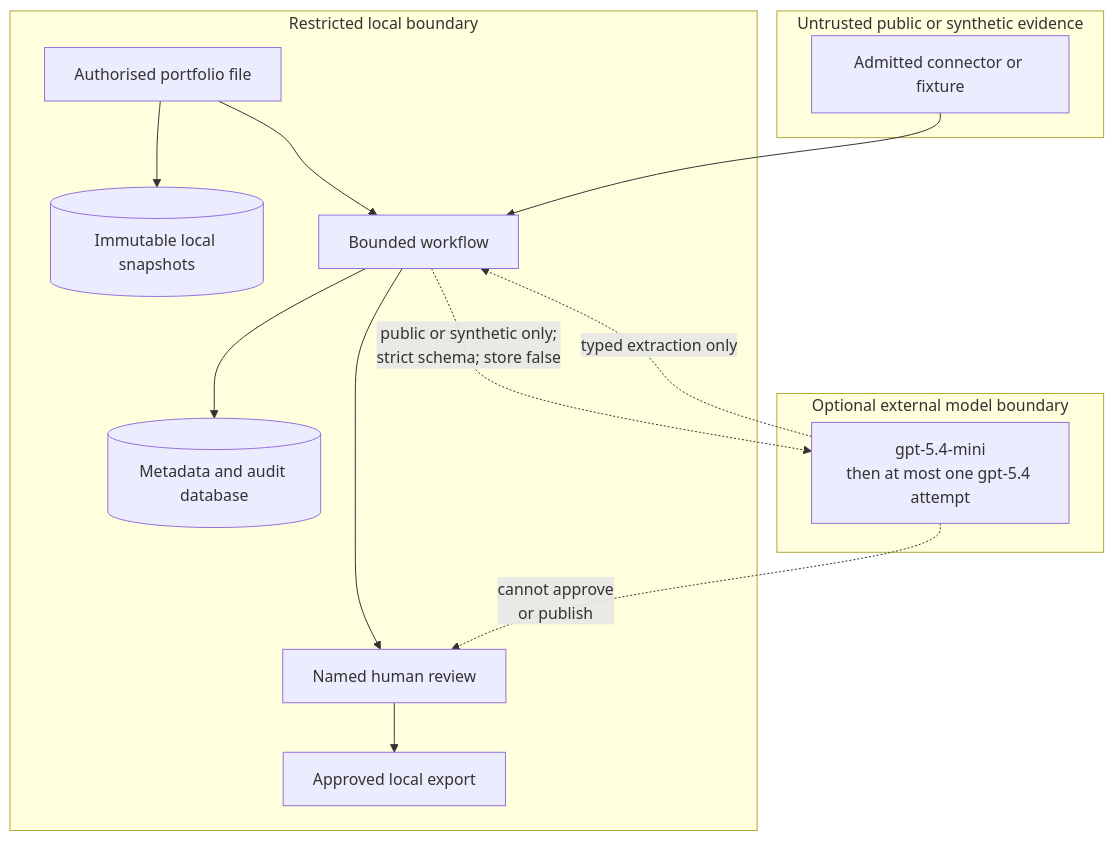
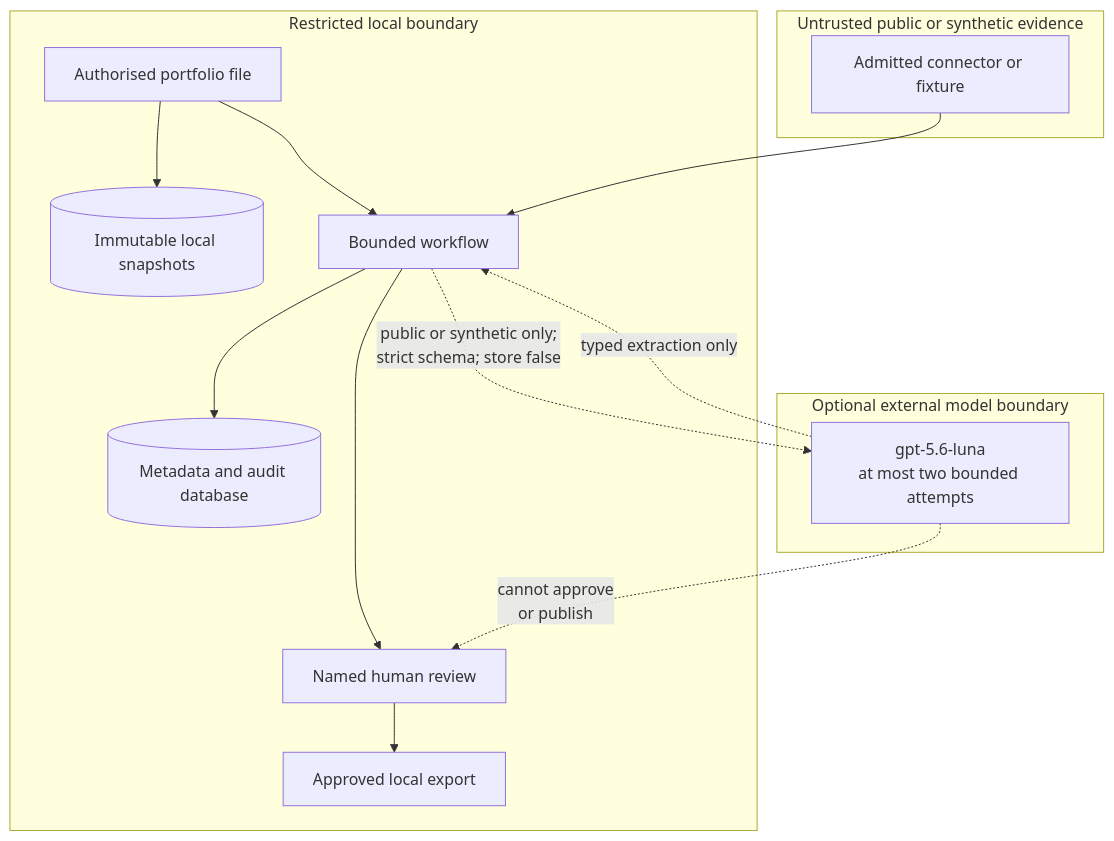
The third of 5 diagrams in README.md (fayeeniu/dissertation-agentic-portfolio-monitoring), drawn with Mermaid before and after one commit. The commit also changed other lines of this file and 311 other files, not shown here.

````diff
--- a/README.md
+++ b/README.md
@@ -98,29 +98,29 @@
 ```mermaid
 flowchart TB
     subgraph Local[Restricted local boundary]
         Workbook[Authorised portfolio file]
         Database[(Metadata and audit database)]
         Raw[(Immutable local snapshots)]
         Workflow[Bounded workflow]
         Review[Named human review]
         Export[Approved local export]
         Workbook --> Raw
         Workbook --> Workflow
         Workflow --> Database
         Workflow --> Review
         Review --> Export
     end
 
     subgraph Public[Untrusted public or synthetic evidence]
         Sources[Admitted connector or fixture]
     end
 
     subgraph Optional[Optional external model boundary]
-        Model[gpt-5.4-mini<br/>then at most one gpt-5.4 attempt]
+        Model[gpt-5.6-luna<br/>at most two bounded attempts]
     end
 
     Sources --> Workflow
     Workflow -. public or synthetic only;<br/>strict schema; store false .-> Model
     Model -. typed extraction only .-> Workflow
     Model -. cannot approve<br/>or publish .-> Review
 ```
````
